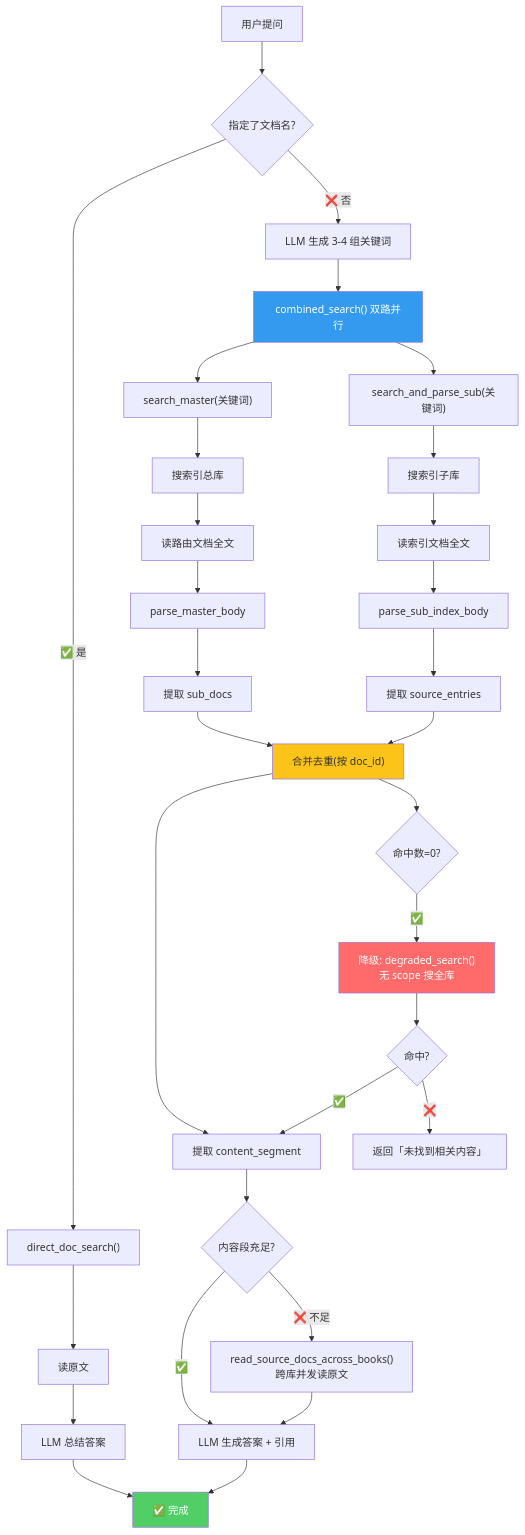
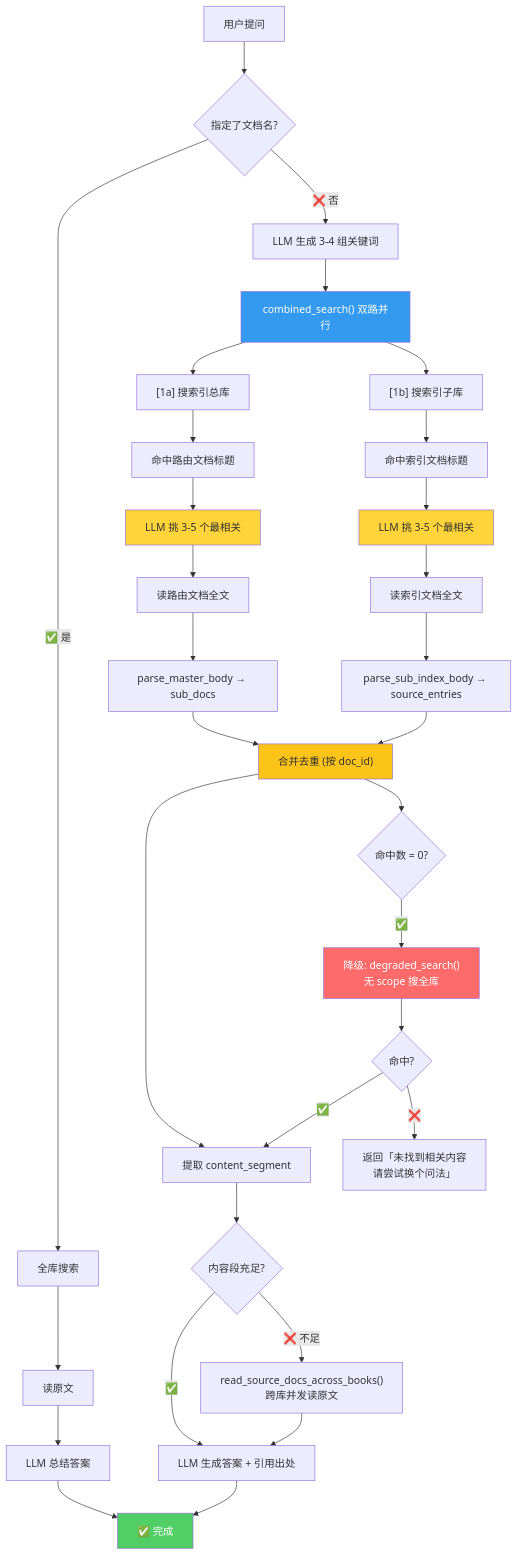
One commit to yehuoshun/yuque-ai-skill changed the second of 2 diagrams in README.md. Above: the diagram before and after it, drawn with Mermaid. The commit also changed other lines of this file and 1 other file, not shown here.

Commit message:
修复：README向SKILL看齐——恢复6步搜索流程含LLM标题筛选

````diff
--- a/README.md
+++ b/README.md
@@ -234,45 +234,48 @@
 ```mermaid
 flowchart TD
     Q["用户提问"] --> S0{"指定了文档名?"}
-    S0 -->|"✅ 是"| S0a["direct_doc_search()"]
+    S0 -->|"✅ 是"| S0a["全库搜索"]
     S0a --> S0b["读原文"]
     S0b --> S0c["LLM 总结答案"]
     S0c --> END["✅ 完成"]
 
     S0 -->|"❌ 否"| S1["LLM 生成 3-4 组关键词"]
-    S1 --> S2["combined_search() 双路并行"]
 
-    S2 --> S2a["search_master(关键词)"]
-    S2 --> S2b["search_and_parse_sub(关键词)"]
+    S1 --> PARALLEL["combined_search() 双路并行"]
 
-    S2a --> S2a1["搜索引总库"]
-    S2a1 --> S2a2["读路由文档全文"]
-    S2a2 --> S2a3["parse_master_body"]
-    S2a3 --> S2a4["提取 sub_docs"]
+    PARALLEL --> M1["[1a] 搜索引总库"]
+    PARALLEL --> S1b["[1b] 搜索引子库"]
 
-    S2b --> S2b1["搜索引子库"]
-    S2b1 --> S2b2["读索引文档全文"]
-    S2b2 --> S2b3["parse_sub_index_body"]
-    S2b3 --> S2b4["提取 source_entries"]
+    M1 --> M2["命中路由文档标题"]
+    M2 --> M3["LLM 挑 3-5 个最相关"]
+    M3 --> M4["读路由文档全文"]
+    M4 --> M5["parse_master_body → sub_docs"]
 
-    S2a4 --> MERGE["合并去重(按 doc_id)"]
-    S2b4 --> MERGE
+    S1b --> S2a["命中索引文档标题"]
+    S2a --> S2b["LLM 挑 3-5 个最相关"]
+    S2b --> S2c["读索引文档全文"]
+    S2c --> S2d["parse_sub_index_body → source_entries"]
+
+    M5 --> MERGE["合并去重 (按 doc_id)"]
+    S2d --> MERGE
 
     MERGE --> C3["提取 content_segment"]
     C3 --> C4{"内容段充足?"}
-    C4 -->|"✅"| C6["LLM 生成答案 + 引用"]
+    C4 -->|"✅"| C6["LLM 生成答案 + 引用出处"]
     C4 -->|"❌ 不足"| C5["read_source_docs_across_books()<br/>跨库并发读原文"]
     C5 --> C6
     C6 --> END
 
-    MERGE --> C8{"命中数=0?"}
+    MERGE --> C8{"命中数 = 0?"}
     C8 -->|"✅"| D1["降级: degraded_search()<br/>无 scope 搜全库"]
     D1 --> D2{"命中?"}
     D2 -->|"✅"| C3
-    D2 -->|"❌"| D3["返回「未找到相关内容」"]
+    D2 -->|"❌"| D3["返回「未找到相关内容<br/>请尝试换个问法」"]
 
-    style S2 fill:#339af0,color:#fff
+    style PARALLEL fill:#339af0,color:#fff
+    style M3 fill:#ffd43b,color:#333
+    style S2b fill:#ffd43b,color:#333
     style MERGE fill:#fcc419,color:#333
     style D1 fill:#ff6b6b,color:#fff
     style END fill:#51cf66,color:#fff
 ```
````
